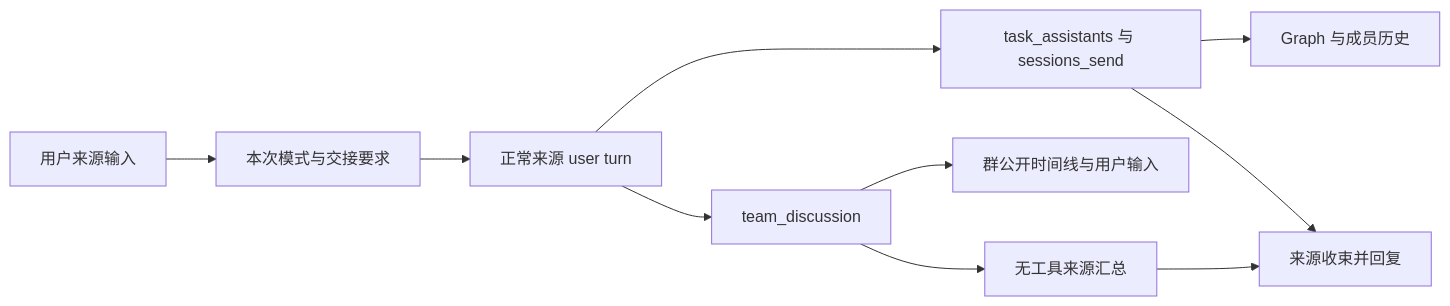
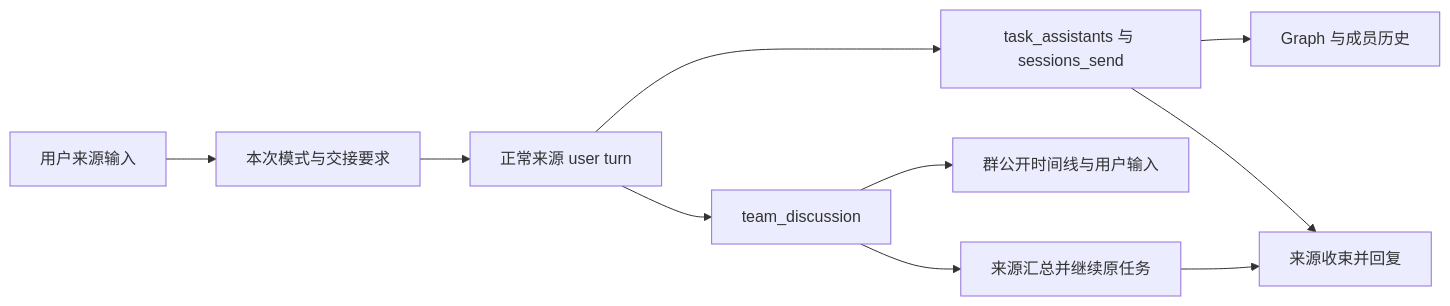
The first of 2 diagrams in docs/features/assistants/agent-team.md (liangxhao/JustDo), drawn with Mermaid before and after one commit. The commit also changed other lines of this file and 17 other files, not shown here.

````diff
--- a/docs/features/assistants/agent-team.md
+++ b/docs/features/assistants/agent-team.md
@@ -55,12 +55,12 @@
 ```mermaid
 flowchart LR
   U[用户来源输入] --> I[本次模式与交接要求]
   I --> S[正常来源 user turn]
   S --> C[task_assistants 与 sessions_send]
   S --> D[team_discussion]
   C --> G[Graph 与成员历史]
   D --> T[群公开时间线与用户输入]
   C --> R[来源收束并回复]
-  D --> A[无工具来源汇总]
+  D --> A[来源汇总并继续原任务]
   A --> R
 ```
````
